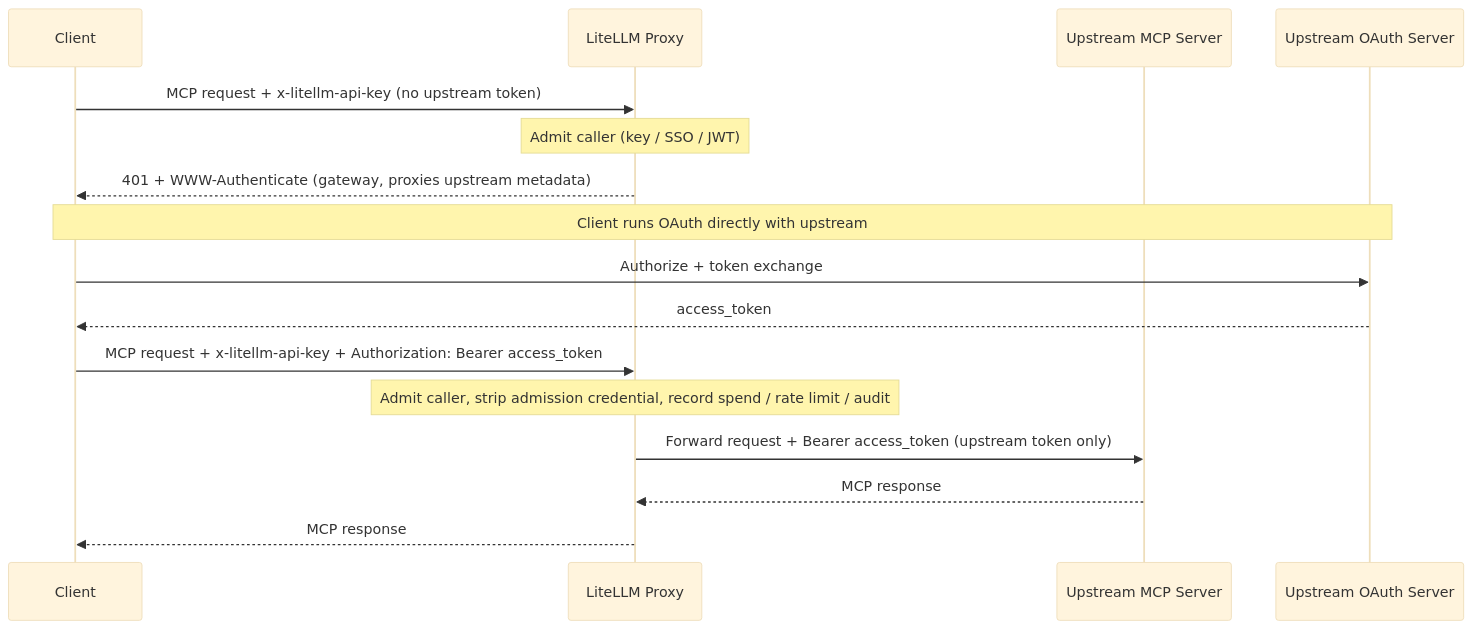
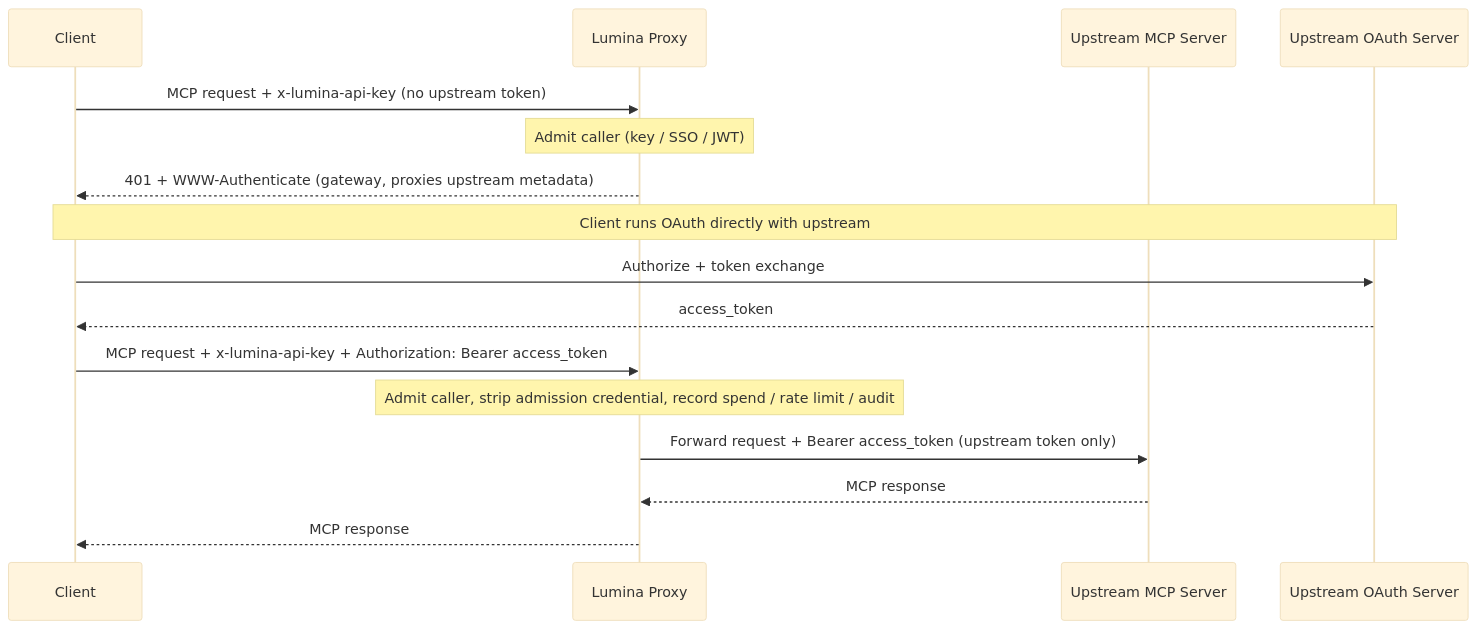
Before and after one commit to Soventra/lumina-docs: the second of 4 diagrams in docs/mcp_oauth_passthrough.md, drawn with Mermaid (base theme). The commit also changed other lines of this file and 1578 other files, not shown here.

````diff
--- a/docs/mcp_oauth_passthrough.md
+++ b/docs/mcp_oauth_passthrough.md
@@ -130,21 +130,21 @@
 ```mermaid
 sequenceDiagram
     participant Client
-    participant LiteLLM as LiteLLM Proxy
+    participant Lumina as Lumina Proxy
     participant MCP as Upstream MCP Server
     participant Auth as Upstream OAuth Server
 
-    Client->>LiteLLM: MCP request + x-litellm-api-key (no upstream token)
-    Note over LiteLLM: Admit caller (key / SSO / JWT)
-    LiteLLM-->>Client: 401 + WWW-Authenticate (gateway, proxies upstream metadata)
+    Client->>Lumina: MCP request + x-lumina-api-key (no upstream token)
+    Note over Lumina: Admit caller (key / SSO / JWT)
+    Lumina-->>Client: 401 + WWW-Authenticate (gateway, proxies upstream metadata)
 
     Note over Client,Auth: Client runs OAuth directly with upstream
     Client->>Auth: Authorize + token exchange
     Auth-->>Client: access_token
 
-    Client->>LiteLLM: MCP request + x-litellm-api-key + Authorization: Bearer access_token
-    Note over LiteLLM: Admit caller, strip admission credential, record spend / rate limit / audit
-    LiteLLM->>MCP: Forward request + Bearer access_token (upstream token only)
-    MCP-->>LiteLLM: MCP response
-    LiteLLM-->>Client: MCP response
+    Client->>Lumina: MCP request + x-lumina-api-key + Authorization: Bearer access_token
+    Note over Lumina: Admit caller, strip admission credential, record spend / rate limit / audit
+    Lumina->>MCP: Forward request + Bearer access_token (upstream token only)
+    MCP-->>Lumina: MCP response
+    Lumina-->>Client: MCP response
 ```
````
